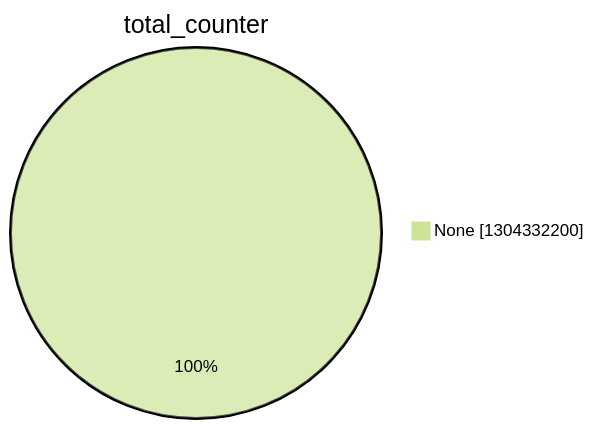
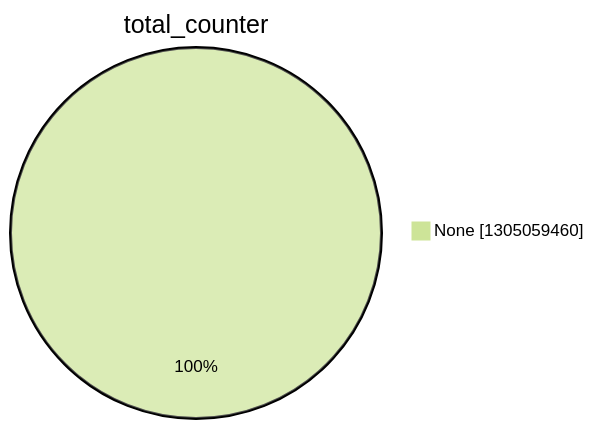
The second of 15 diagrams in argon2022/README.md (christiankrug/ctmonitor_visualization), drawn with Mermaid (forest theme) before and after one commit. The commit also changed other lines of this file, not shown here.

````diff
--- a/argon2022/README.md
+++ b/argon2022/README.md
@@ -9,5 +9,5 @@
 ```mermaid
 pie showData
 title total_counter
-"None" :1304332200
+"None" :1305059460
 ```
````
